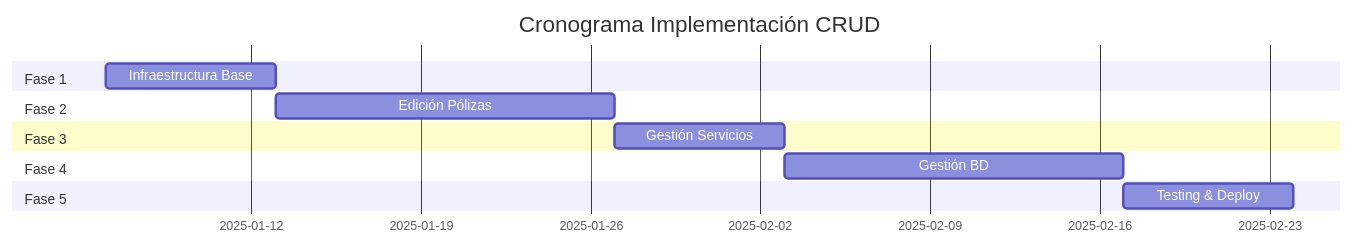
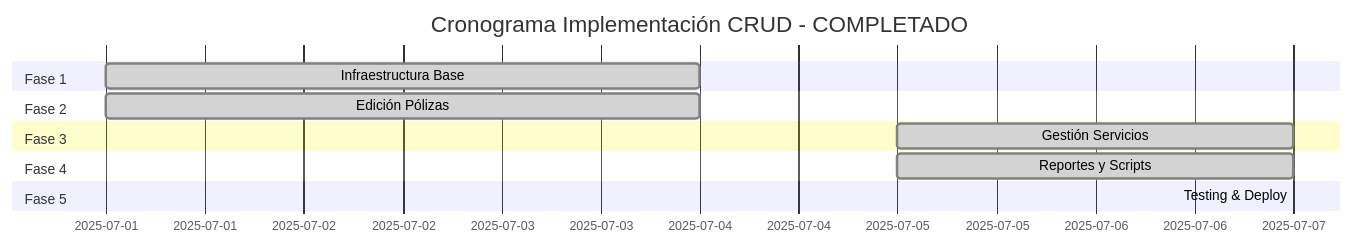
The diagram in ROADMAP_CRUD.md (Fechomap/polizas-bot), drawn with Mermaid before and after one commit. The commit also changed other lines of this file and 2 other files, not shown here.

````diff
--- a/ROADMAP_CRUD.md
+++ b/ROADMAP_CRUD.md
@@ -56,15 +64,15 @@
 ```mermaid
 gantt
-    title Cronograma Implementación CRUD
+    title Cronograma Implementación CRUD - COMPLETADO
     dateFormat YYYY-MM-DD
     section Fase 1
-    Infraestructura Base    :f1, 2025-01-06, 7d
+    Infraestructura Base    :done, f1, 2025-07-01, 2025-07-04
     section Fase 2
-    Edición Pólizas        :f2, after f1, 14d
+    Edición Pólizas        :done, f2, 2025-07-01, 2025-07-04
     section Fase 3
-    Gestión Servicios      :f3, after f2, 7d
+    Gestión Servicios      :done, f3, 2025-07-05, 2025-07-07
     section Fase 4
-    Gestión BD             :f4, after f3, 14d
+    Reportes y Scripts     :done, f4, 2025-07-05, 2025-07-07
     section Fase 5
-    Testing & Deploy       :f5, after f4, 7d
+    Testing & Deploy       :done, f5, 2025-07-07, 2025-07-07
 ```
````
